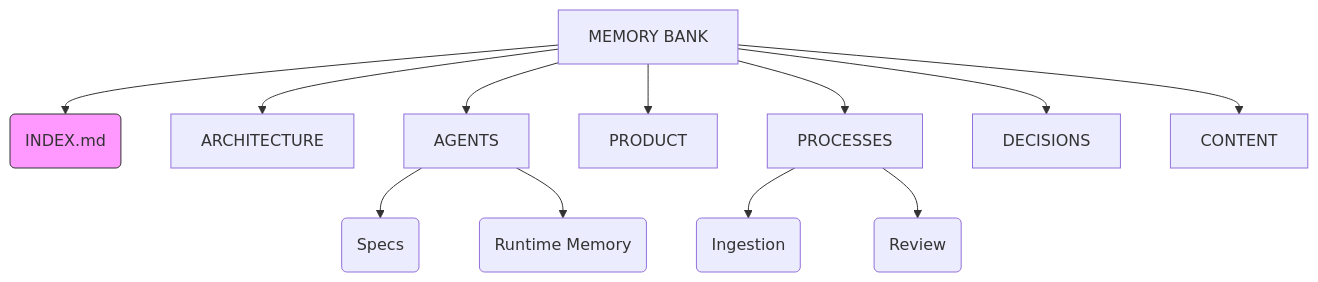
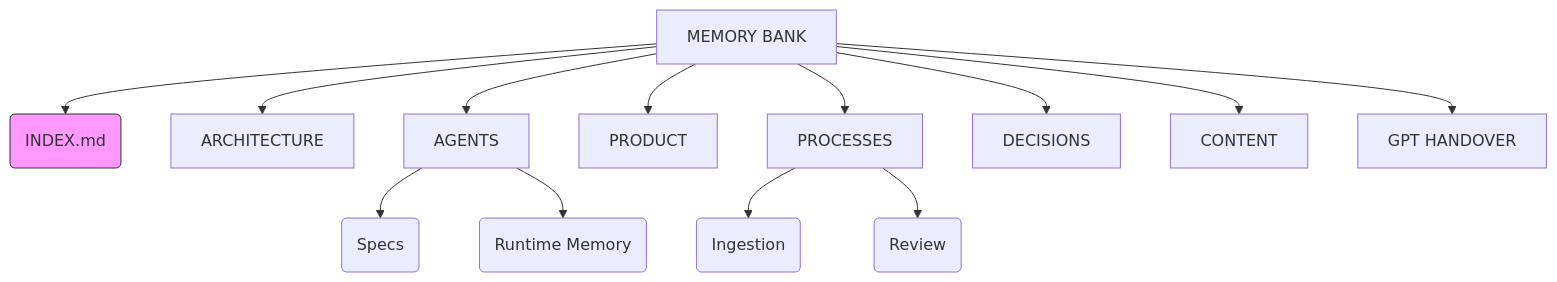
The diagram in docs/memory_bank/INDEX.md (NBN-WEST/leuniversita), drawn with Mermaid before and after one commit. The commit also changed other lines of this file and 8 other files, not shown here.

````diff
--- a/docs/memory_bank/INDEX.md
+++ b/docs/memory_bank/INDEX.md
@@ -20,19 +20,20 @@
 ```mermaid
 graph TD
     ROOT[MEMORY BANK] --> IDX(INDEX.md)
     
     ROOT --> ARC[ARCHITECTURE]
     ROOT --> AGT[AGENTS]
     ROOT --> PRD[PRODUCT]
     ROOT --> PRO[PROCESSES]
     ROOT --> DEC[DECISIONS]
     ROOT --> CNT[CONTENT]
+    ROOT --> GPT[GPT HANDOVER]
     
     PRO --> P1(Ingestion)
     PRO --> P2(Review)
     
     AGT --> A1(Specs)
     AGT --> A2(Runtime Memory)
 
     style IDX fill:#f9f,stroke:#333
 ```
````
